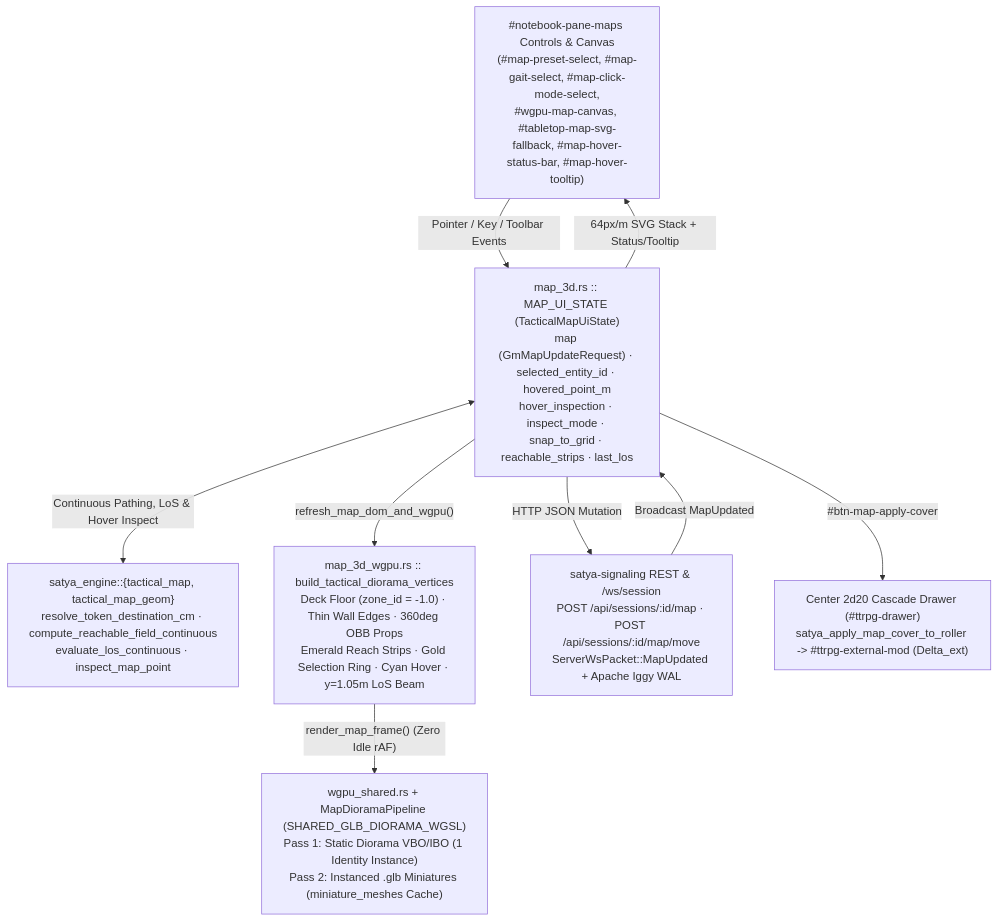
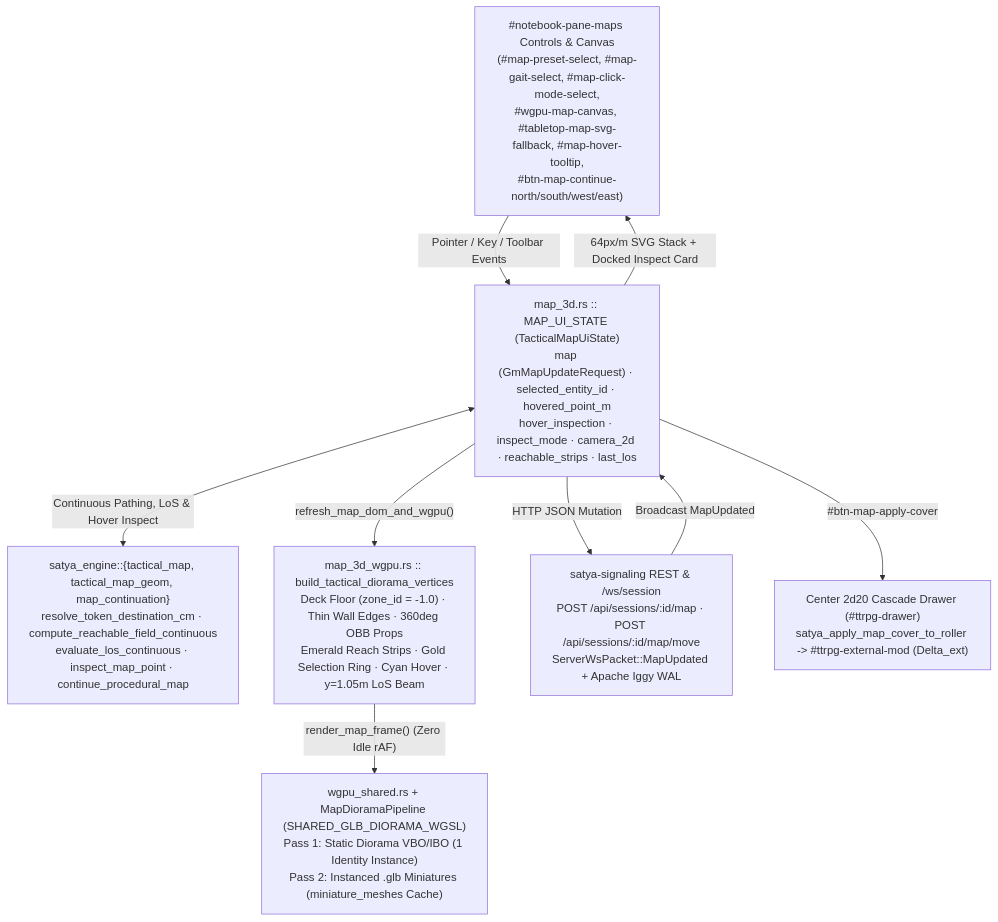
Before and after one commit to rarebreed/satya: the first of 3 diagrams in docs/technical/satya-web/02-3d-tactical-map-diorama.md, drawn with Mermaid. The commit also changed other lines of this file and 22 other files, not shown here.

First line of the commit message:
feat(map): add 2D zoom/pan, edge continuation, and docked inspector

````diff
--- a/docs/technical/satya-web/02-3d-tactical-map-diorama.md
+++ b/docs/technical/satya-web/02-3d-tactical-map-diorama.md
@@ -15,19 +15,19 @@
 ```mermaid
 flowchart TD
-    DOM["#notebook-pane-maps Controls & Canvas\n(#map-preset-select, #map-gait-select, #map-click-mode-select,\n#wgpu-map-canvas, #tabletop-map-svg-fallback, #map-hover-status-bar, #map-hover-tooltip)"]
-    UI["map_3d.rs :: MAP_UI_STATE (TacticalMapUiState)\nmap (GmMapUpdateRequest) · selected_entity_id · hovered_point_m\nhover_inspection · inspect_mode · snap_to_grid · reachable_strips · last_los"]
-    Eng["satya_engine::{tactical_map, tactical_map_geom}\nresolve_token_destination_cm · compute_reachable_field_continuous\nevaluate_los_continuous · inspect_map_point"]
+    DOM["#notebook-pane-maps Controls & Canvas\n(#map-preset-select, #map-gait-select, #map-click-mode-select,\n#wgpu-map-canvas, #tabletop-map-svg-fallback, #map-hover-tooltip,\n#btn-map-continue-north/south/west/east)"]
+    UI["map_3d.rs :: MAP_UI_STATE (TacticalMapUiState)\nmap (GmMapUpdateRequest) · selected_entity_id · hovered_point_m\nhover_inspection · inspect_mode · camera_2d · reachable_strips · last_los"]
+    Eng["satya_engine::{tactical_map, tactical_map_geom, map_continuation}\nresolve_token_destination_cm · compute_reachable_field_continuous\nevaluate_los_continuous · inspect_map_point · continue_procedural_map"]
     Geom["map_3d_wgpu.rs :: build_tactical_diorama_vertices\nDeck Floor (zone_id = -1.0) · Thin Wall Edges · 360deg OBB Props\nEmerald Reach Strips · Gold Selection Ring · Cyan Hover · y=1.05m LoS Beam"]
     GPU["wgpu_shared.rs + MapDioramaPipeline (SHARED_GLB_DIORAMA_WGSL)\nPass 1: Static Diorama VBO/IBO (1 Identity Instance)\nPass 2: Instanced .glb Miniatures (miniature_meshes Cache)"]
     Rest["satya-signaling REST & /ws/session\nPOST /api/sessions/:id/map · POST /api/sessions/:id/map/move\nServerWsPacket::MapUpdated + Apache Iggy WAL"]
     Roller["Center 2d20 Cascade Drawer (#ttrpg-drawer)\nsatya_apply_map_cover_to_roller -> #ttrpg-external-mod (Delta_ext)"]
 
     DOM -->|"Pointer / Key / Toolbar Events"| UI
     UI <-->|"Continuous Pathing, LoS & Hover Inspect"| Eng
     UI -->|"refresh_map_dom_and_wgpu()"| Geom
     Geom -->|"render_map_frame() (Zero Idle rAF)"| GPU
-    UI -->|"64px/m SVG Stack + Status/Tooltip"| DOM
+    UI -->|"64px/m SVG Stack + Docked Inspect Card"| DOM
     UI -->|"HTTP JSON Mutation"| Rest
     Rest -->|"Broadcast MapUpdated"| UI
     UI -->|"#btn-map-apply-cover"| Roller
 ```
````
